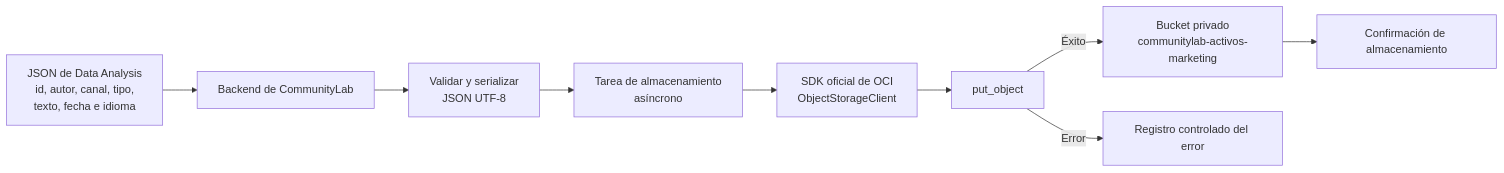
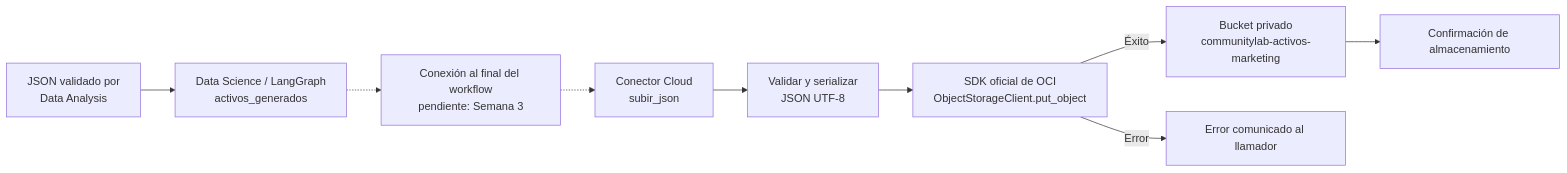
The diagram in docs/diagrama_persistencia_oci.md (HenryH11/communitylab), drawn with Mermaid before and after one commit. The commit also changed other lines of this file, not shown here.

Commit message:
docs: alinear diagrama OCI con conector de activos

````diff
--- a/docs/diagrama_persistencia_oci.md
+++ b/docs/diagrama_persistencia_oci.md
@@ -8,16 +9,18 @@
 ```mermaid
 flowchart LR
-    A["JSON de Data Analysis<br/>id, autor, canal, tipo,<br/>texto, fecha e idioma"]
-    B["Backend de CommunityLab"]
-    C["Validar y serializar<br/>JSON UTF-8"]
-    D["Tarea de almacenamiento<br/>asíncrono"]
-    E["SDK oficial de OCI<br/>ObjectStorageClient"]
-    F["put_object"]
+    A["JSON validado por<br/>Data Analysis"]
+    B["Data Science / LangGraph<br/>activos_generados"]
+    C["Conexión al final del workflow<br/>pendiente: Semana 3"]
+    D["Conector Cloud<br/>subir_json"]
+    E["Validar y serializar<br/>JSON UTF-8"]
+    F["SDK oficial de OCI<br/>ObjectStorageClient.put_object"]
     G["Bucket privado<br/>communitylab-activos-marketing"]
     H["Confirmación de almacenamiento"]
-    I["Registro controlado del error"]
+    I["Error comunicado al llamador"]
 
-    A --> B --> C --> D --> E --> F
+    A --> B
+    B -.-> C -.-> D
+    D --> E --> F
     F -->|Éxito| G --> H
     F -->|Error| I
 ```
````
